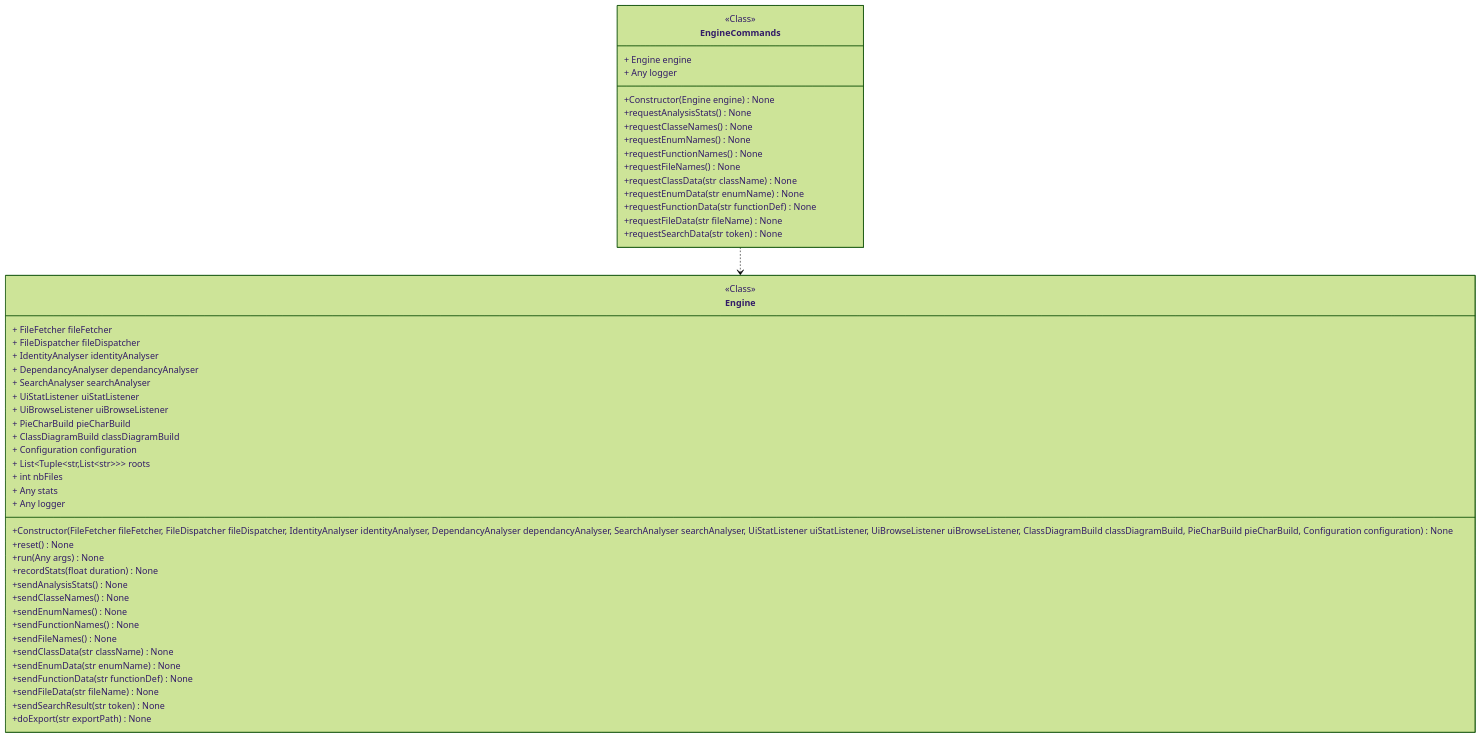
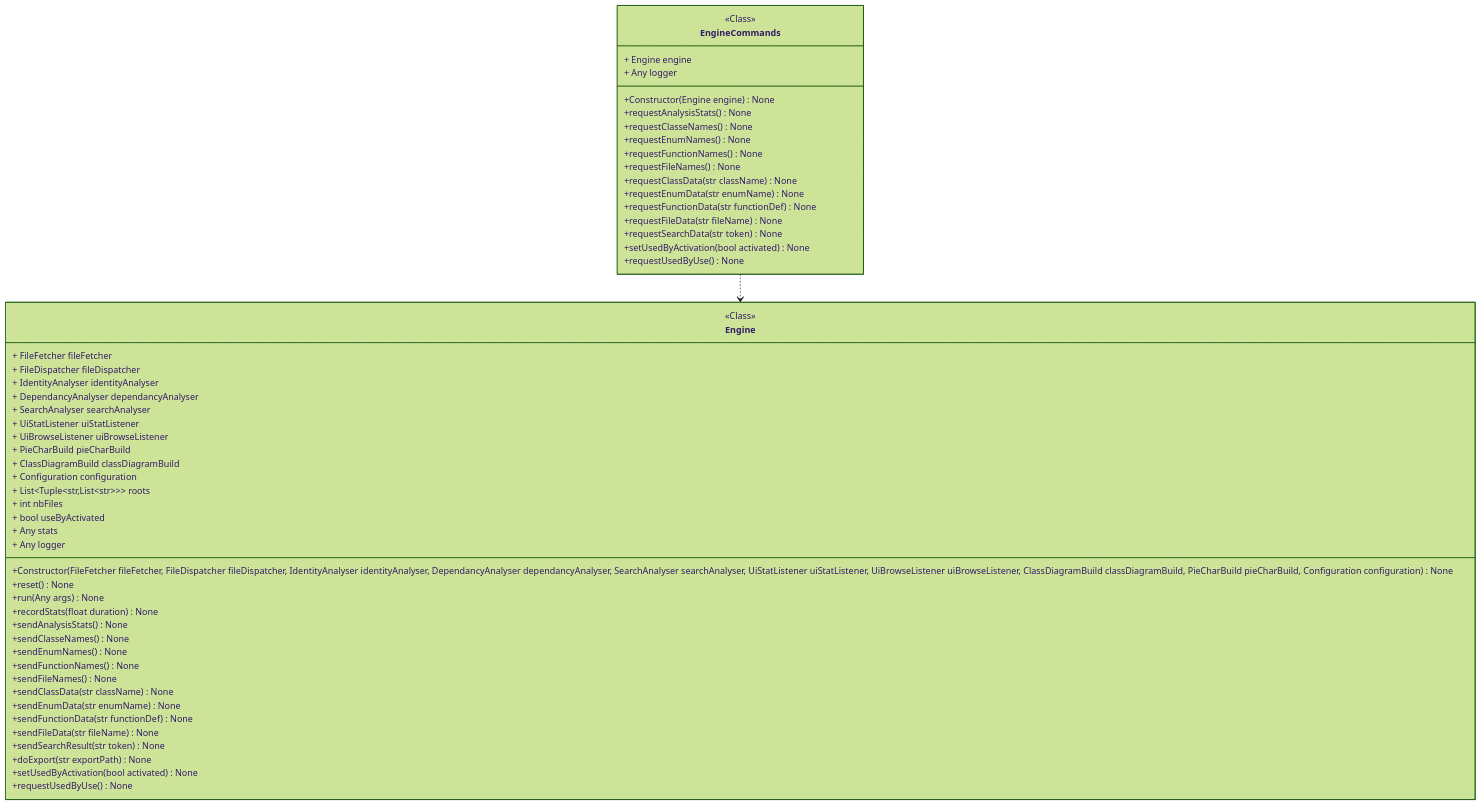
One commit to miong/pycodeanalyzer changed the diagram in docs/source/code/diagrams/pycodeanalyzer_ui_engineinterface_EngineCommands.mmd. Above: the diagram before and after it, drawn with Mermaid (forest theme). The commit also changed 15 other files, not shown here.

```diff
--- a/docs/source/code/diagrams/pycodeanalyzer_ui_engineinterface_EngineCommands.mmd
+++ b/docs/source/code/diagrams/pycodeanalyzer_ui_engineinterface_EngineCommands.mmd
@@ -1,51 +1,56 @@
 classDiagram
 class EngineCommands {
 <<Class>>
 + Engine engine
 + Any logger
 +Constructor(Engine engine) None
 +requestAnalysisStats() None
 +requestClasseNames() None
 +requestEnumNames() None
 +requestFunctionNames() None
 +requestFileNames() None
 +requestClassData(str className) None
 +requestEnumData(str enumName) None
 +requestFunctionData(str functionDef) None
 +requestFileData(str fileName) None
 +requestSearchData(str token) None
++setUsedByActivation(bool activated) None
++requestUsedByUse() None
 }
 class Engine {
 <<Class>>
 + FileFetcher fileFetcher
 + FileDispatcher fileDispatcher
 + IdentityAnalyser identityAnalyser
 + DependancyAnalyser dependancyAnalyser
 + SearchAnalyser searchAnalyser
 + UiStatListener uiStatListener
 + UiBrowseListener uiBrowseListener
 + PieCharBuild pieCharBuild
 + ClassDiagramBuild classDiagramBuild
 + Configuration configuration
 + List&lt;Tuple&lt;str,List&lt;str&gt;&gt;&gt; roots
 + int nbFiles
++ bool useByActivated
 + Any stats
 + Any logger
 +Constructor(FileFetcher fileFetcher, FileDispatcher fileDispatcher, IdentityAnalyser identityAnalyser, DependancyAnalyser dependancyAnalyser, SearchAnalyser searchAnalyser, UiStatListener uiStatListener, UiBrowseListener uiBrowseListener, ClassDiagramBuild classDiagramBuild, PieCharBuild pieCharBuild, Configuration configuration) None
 +reset() None
 +run(Any args) None
 +recordStats(float duration) None
 +sendAnalysisStats() None
 +sendClasseNames() None
 +sendEnumNames() None
 +sendFunctionNames() None
 +sendFileNames() None
 +sendClassData(str className) None
 +sendEnumData(str enumName) None
 +sendFunctionData(str functionDef) None
 +sendFileData(str fileName) None
 +sendSearchResult(str token) None
 +doExport(str exportPath) None
++setUsedByActivation(bool activated) None
++requestUsedByUse() None
 }
 link Engine "class££pycodeanalyzer::core::engine::engine::Engine"
 EngineCommands ..> Engine
```
